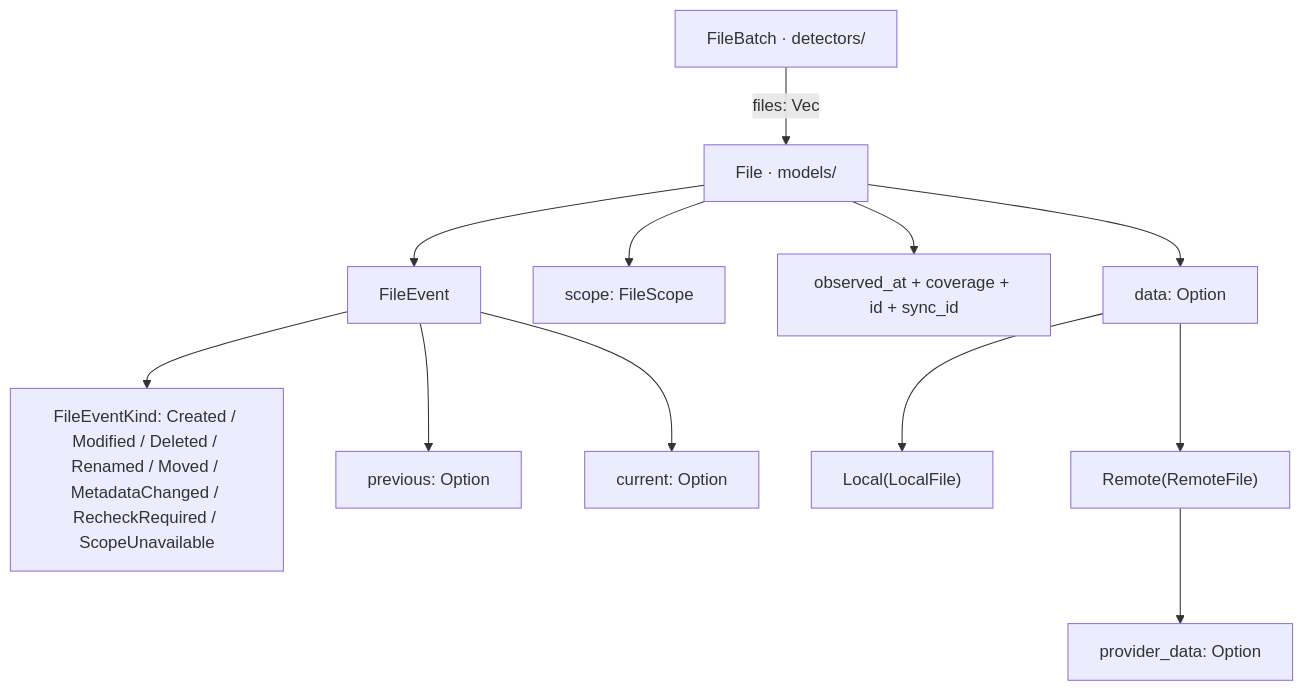
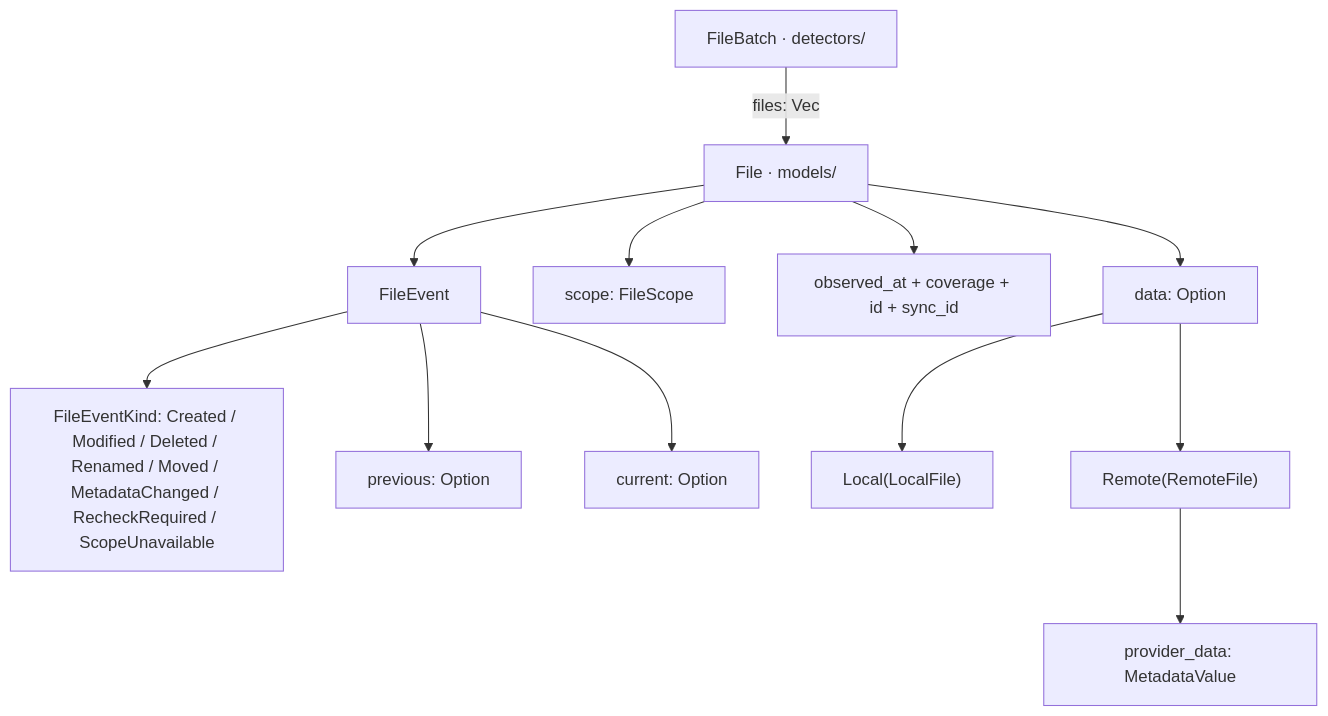
Before and after one commit to rafatosta/drivesync: the first of 2 diagrams in docs/engine/models/README.md, drawn with Mermaid. The commit also changed other lines of this file, not shown here.

Commit message:
docs(models): show provider-linked RemoteFile metadata and encapsulation

````diff
--- a/docs/engine/models/README.md
+++ b/docs/engine/models/README.md
@@ -87,27 +105,27 @@
 ```mermaid
 flowchart TD
     Batch["FileBatch · detectors/"]
     File["File · models/"]
     Event["FileEvent"]
     Kind["FileEventKind: Created / Modified / Deleted / Renamed / Moved / MetadataChanged / RecheckRequired / ScopeUnavailable"]
     Prev["previous: Option<FileLocation>"]
     Curr["current: Option<FileLocation>"]
     Scope["scope: FileScope"]
     Obs["observed_at + coverage + id + sync_id"]
     Data["data: Option<FileData>"]
     Local["Local(LocalFile)"]
     Remote["Remote(RemoteFile)"]
-    Provider["provider_data: Option<ProviderFileData>"]
+    Provider["provider_data: MetadataValue<ProviderFileData>"]
 
     Batch -->|"files: Vec<File>"| File
     File --> Event
     Event --> Kind
     Event --> Prev
     Event --> Curr
     File --> Scope
     File --> Obs
     File --> Data
     Data --> Local
     Data --> Remote
     Remote --> Provider
 ```
````
